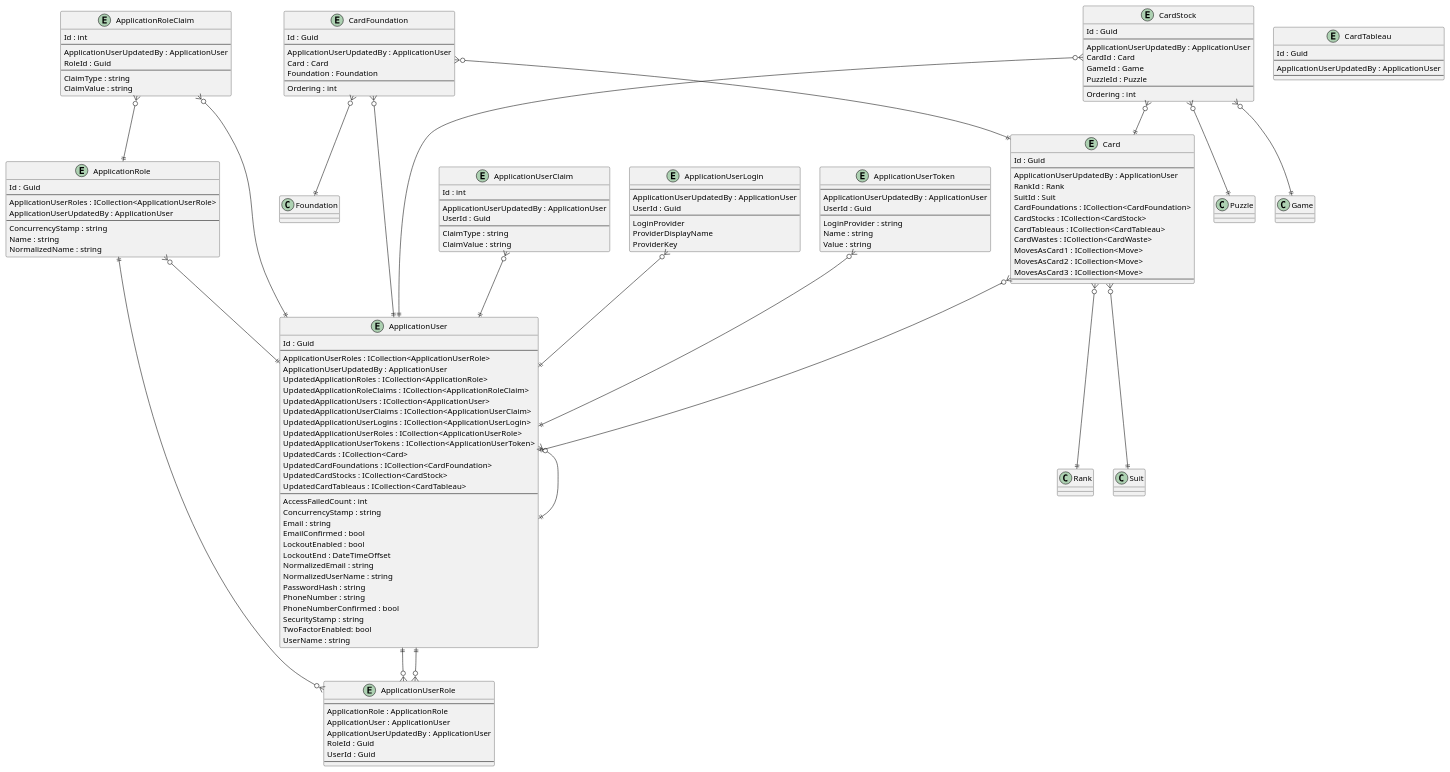
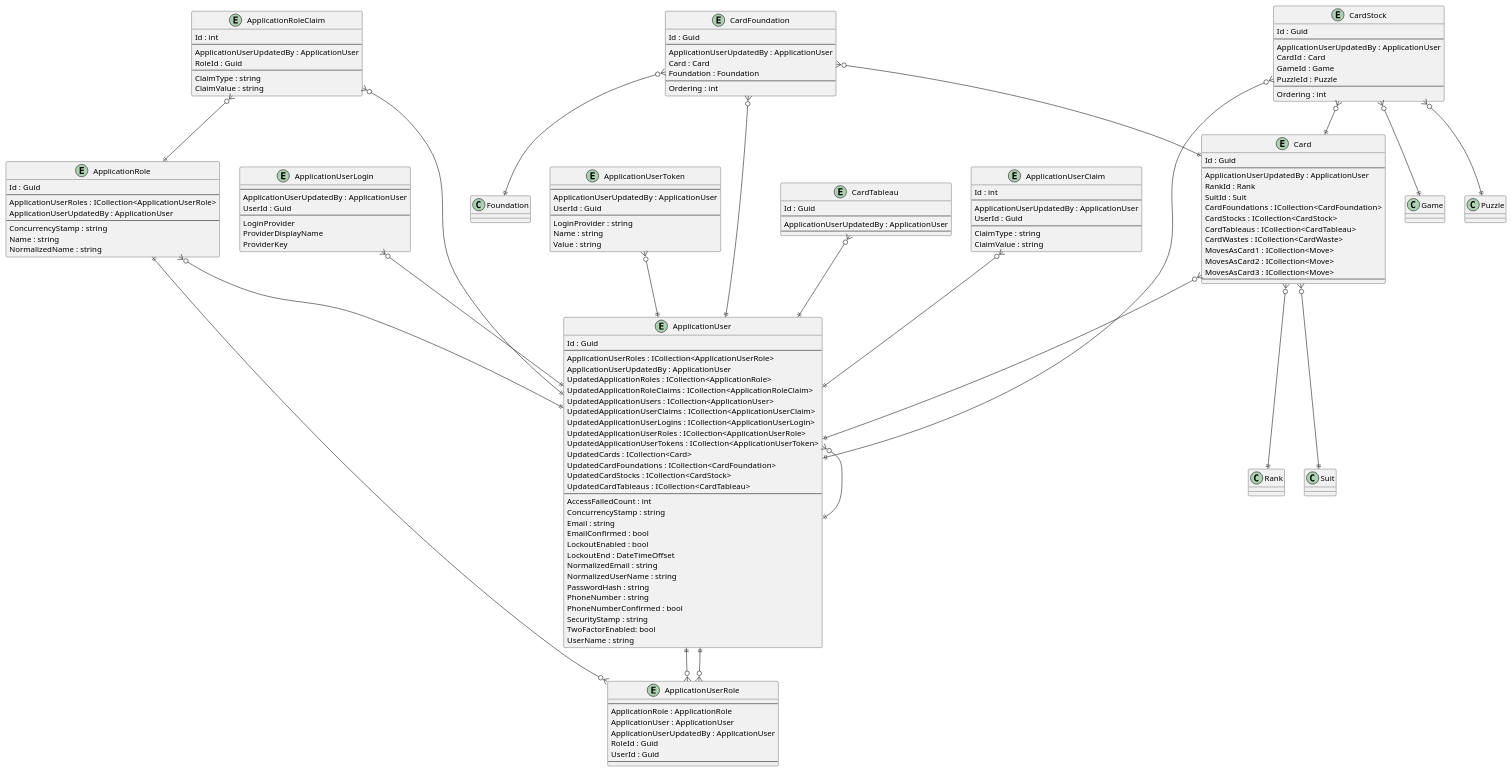
The diagram in .docs/Intrepion.KlondikeSolitaire.pu (intrepion/intrepion_klondike-solitaire_csharp), drawn with PlantUML before and after one commit.

```diff
--- a/.docs/Intrepion.KlondikeSolitaire.pu
+++ b/.docs/Intrepion.KlondikeSolitaire.pu
@@ -1,175 +1,176 @@
 @startuml
 
 entity ApplicationRole {
     Id : Guid
     --
     ApplicationUserRoles : ICollection<ApplicationUserRole>
     ApplicationUserUpdatedBy : ApplicationUser
     --
     ConcurrencyStamp : string
     Name : string
     NormalizedName : string
 }
 
 entity ApplicationRoleClaim {
     Id : int
     --
     ApplicationUserUpdatedBy : ApplicationUser
     RoleId : Guid
     --
     ClaimType : string
     ClaimValue : string
 }
 
 entity ApplicationUser {
     Id : Guid
     --
     ApplicationUserRoles : ICollection<ApplicationUserRole>
     ApplicationUserUpdatedBy : ApplicationUser
     UpdatedApplicationRoles : ICollection<ApplicationRole>
     UpdatedApplicationRoleClaims : ICollection<ApplicationRoleClaim>
     UpdatedApplicationUsers : ICollection<ApplicationUser>
     UpdatedApplicationUserClaims : ICollection<ApplicationUserClaim>
     UpdatedApplicationUserLogins : ICollection<ApplicationUserLogin>
     UpdatedApplicationUserRoles : ICollection<ApplicationUserRole>
     UpdatedApplicationUserTokens : ICollection<ApplicationUserToken>
     UpdatedCards : ICollection<Card>
     UpdatedCardFoundations : ICollection<CardFoundation>
     UpdatedCardStocks : ICollection<CardStock>
     UpdatedCardTableaus : ICollection<CardTableau>
     ' ApplicationUserKeyCodePlaceholder
     --
     AccessFailedCount : int
     ConcurrencyStamp : string
     Email : string
     EmailConfirmed : bool
     LockoutEnabled : bool
     LockoutEnd : DateTimeOffset
     NormalizedEmail : string
     NormalizedUserName : string
     PasswordHash : string
     PhoneNumber : string
     PhoneNumberConfirmed : bool
     SecurityStamp : string
     TwoFactorEnabled: bool
     UserName : string
 }
 
 entity ApplicationUserClaim {
     Id : int
     --
     ApplicationUserUpdatedBy : ApplicationUser
     UserId : Guid
     --
     ClaimType : string
     ClaimValue : string
 }
 
 entity ApplicationUserLogin {
     --
     ApplicationUserUpdatedBy : ApplicationUser
     UserId : Guid
     --
     LoginProvider
     ProviderDisplayName
     ProviderKey
 }
 
 entity ApplicationUserRole {
     --
     ApplicationRole : ApplicationRole
     ApplicationUser : ApplicationUser
     ApplicationUserUpdatedBy : ApplicationUser
     RoleId : Guid
     UserId : Guid
     --
 }
 
 entity ApplicationUserToken {
     --
     ApplicationUserUpdatedBy : ApplicationUser
     UserId : Guid
     --
     LoginProvider : string
     Name : string
     Value : string
 }
 
 entity Card {
     Id : Guid
     --
     ApplicationUserUpdatedBy : ApplicationUser
     RankId : Rank
     SuitId : Suit
     CardFoundations : ICollection<CardFoundation>
     CardStocks : ICollection<CardStock>
     CardTableaus : ICollection<CardTableau>
     CardWastes : ICollection<CardWaste>
     MovesAsCard1 : ICollection<Move>
     MovesAsCard2 : ICollection<Move>
     MovesAsCard3 : ICollection<Move>
     ' CardKeyCodePlaceholder
     --
     ' CardPropertyCodePlaceholder
 }
 
 entity CardFoundation {
     Id : Guid
     --
     ApplicationUserUpdatedBy : ApplicationUser
     Card : Card
     Foundation : Foundation
     ' CardFoundationKeyCodePlaceholder
     --
     Ordering : int
     ' CardFoundationPropertyCodePlaceholder
 }
 
 entity CardStock {
     Id : Guid
     --
     ApplicationUserUpdatedBy : ApplicationUser
     CardId : Card
     GameId : Game
     PuzzleId : Puzzle
     ' CardStockKeyCodePlaceholder
     --
     Ordering : int
     ' CardStockPropertyCodePlaceholder
 }
 
 entity CardTableau {
     Id : Guid
     --
     ApplicationUserUpdatedBy : ApplicationUser
     ' CardTableauKeyCodePlaceholder
     --
     ' CardTableauPropertyCodePlaceholder
 }
 
 ' EntityCodePlaceholder
 
 ApplicationRole ||--o{ ApplicationUserRole
 ApplicationRole }o--|| ApplicationUser
 ApplicationRoleClaim }o--|| ApplicationRole
 ApplicationRoleClaim }o--|| ApplicationUser
 ApplicationUser }o--|| ApplicationUser
 ApplicationUser ||--o{ ApplicationUserRole
 ApplicationUserClaim }o--|| ApplicationUser
 ApplicationUserLogin }o--|| ApplicationUser
 ApplicationUserRole }o--|| ApplicationUser
 ApplicationUserToken }o--|| ApplicationUser
 
 Card }o--|| ApplicationUser
 Card }o--|| Rank
 Card }o--|| Suit
 CardFoundation }o--|| ApplicationUser
 CardFoundation }o--|| Card
 CardFoundation }o--|| Foundation
 CardStock }o--|| ApplicationUser
 CardStock }o--|| Card
 CardStock }o--|| Game
 CardStock }o--|| Puzzle
+CardTableau }o--|| ApplicationUser
 ' RelationshipCodePlaceholder
 
 @enduml
```
